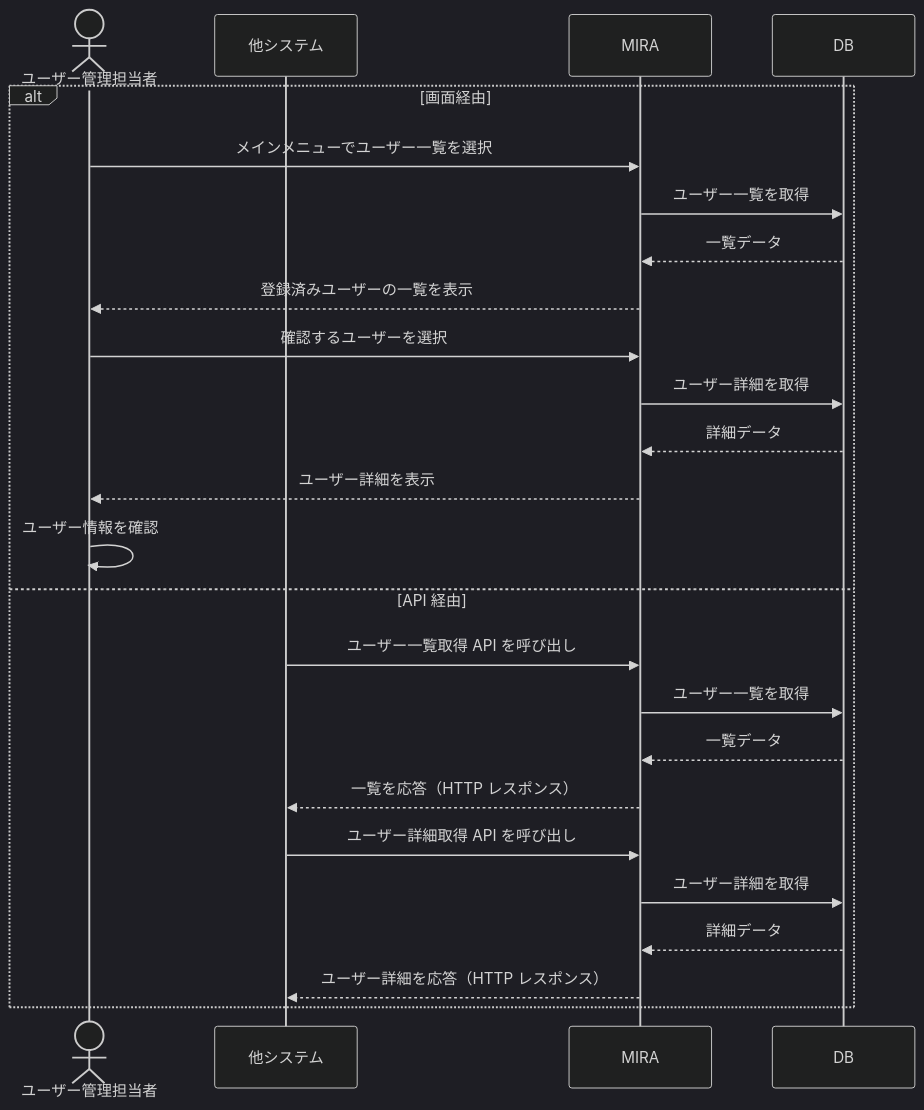
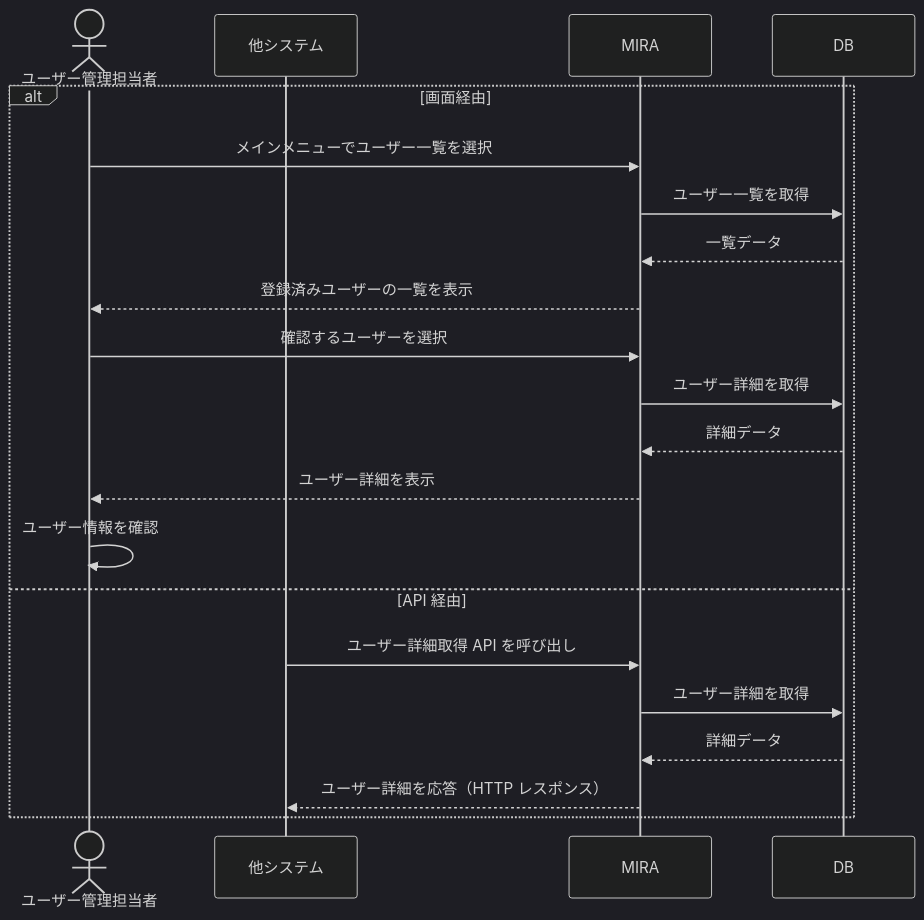
Before and after one commit to hirokikw/mira: the third of 6 diagrams in app/docs/business-requirements/README.md, drawn with Mermaid (dark theme). The commit also changed other lines of this file and 3 other files, not shown here.

````diff
--- a/app/docs/business-requirements/README.md
+++ b/app/docs/business-requirements/README.md
@@ -66,28 +75,24 @@
 ```mermaid
 sequenceDiagram
     actor Staff as ユーザー管理担当者
     participant Client as 他システム
     participant Mira as MIRA
     participant DB as DB
 
     alt 画面経由
         Staff->>Mira: メインメニューでユーザー一覧を選択
         Mira->>DB: ユーザー一覧を取得
         DB-->>Mira: 一覧データ
         Mira-->>Staff: 登録済みユーザーの一覧を表示
         Staff->>Mira: 確認するユーザーを選択
         Mira->>DB: ユーザー詳細を取得
         DB-->>Mira: 詳細データ
         Mira-->>Staff: ユーザー詳細を表示
         Staff->>Staff: ユーザー情報を確認
     else API 経由
-        Client->>Mira: ユーザー一覧取得 API を呼び出し
-        Mira->>DB: ユーザー一覧を取得
-        DB-->>Mira: 一覧データ
-        Mira-->>Client: 一覧を応答（HTTP レスポンス）
         Client->>Mira: ユーザー詳細取得 API を呼び出し
         Mira->>DB: ユーザー詳細を取得
         DB-->>Mira: 詳細データ
         Mira-->>Client: ユーザー詳細を応答（HTTP レスポンス）
     end
 ```
````
